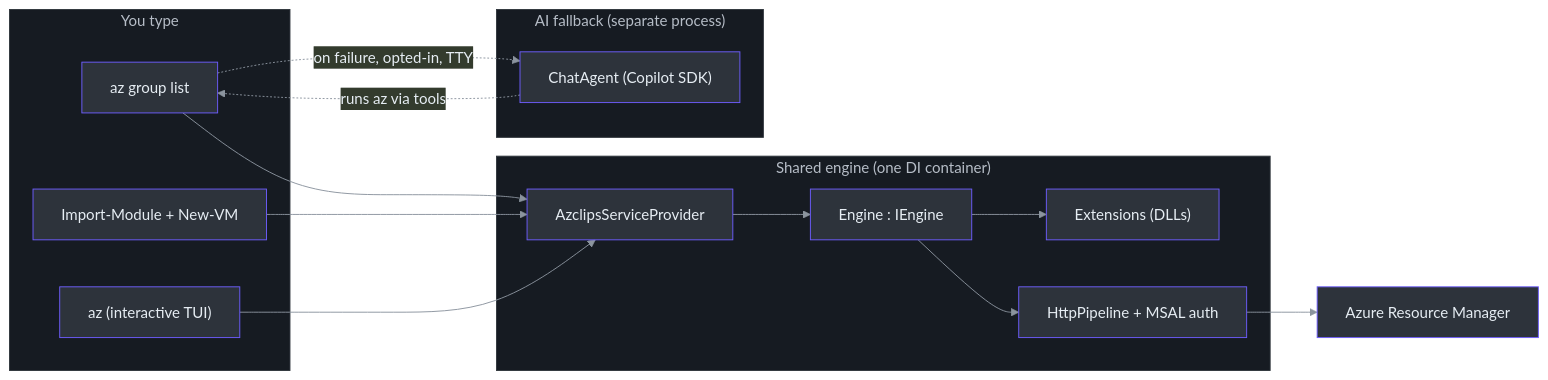
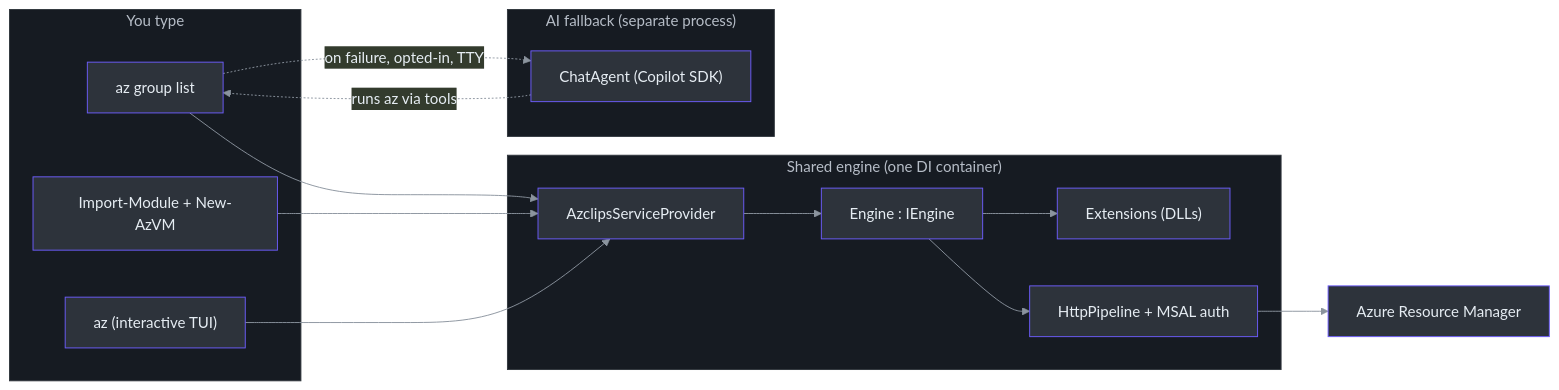
The first of 5 diagrams in wiki/zero-to-hero-guide.md (Azure/azclips), drawn with Mermaid before and after one commit. The commit also changed other lines of this file and 49 other files, not shown here.

````diff
--- a/wiki/zero-to-hero-guide.md
+++ b/wiki/zero-to-hero-guide.md
@@ -291,25 +291,25 @@
 ```mermaid
 %%{init: {'theme':'base','themeVariables':{'primaryColor':'#2d333b','primaryBorderColor':'#6d5dfc','primaryTextColor':'#e6edf3','lineColor':'#8b949e','clusterBkg':'#161b22','clusterBorder':'#30363d','fontFamily':'monospace'}}}%%
 flowchart LR
     subgraph you["You type"]
         A["az group list"]
-        B["Import-Module + New-VM"]
+        B["Import-Module + New-AzVM"]
         C["az (interactive TUI)"]
     end
     subgraph engine["Shared engine (one DI container)"]
         DI["AzclipsServiceProvider"]
         E["Engine : IEngine"]
         EX["Extensions (DLLs)"]
         H["HttpPipeline + MSAL auth"]
     end
     subgraph ai["AI fallback (separate process)"]
         AG["ChatAgent (Copilot SDK)"]
     end
     A --> DI
     B --> DI
     C --> DI
     DI --> E --> EX
     E --> H --> ARM["Azure Resource Manager"]
     A -. "on failure, opted-in, TTY" .-> AG
     AG -. "runs az via tools" .-> A
 ```
````
